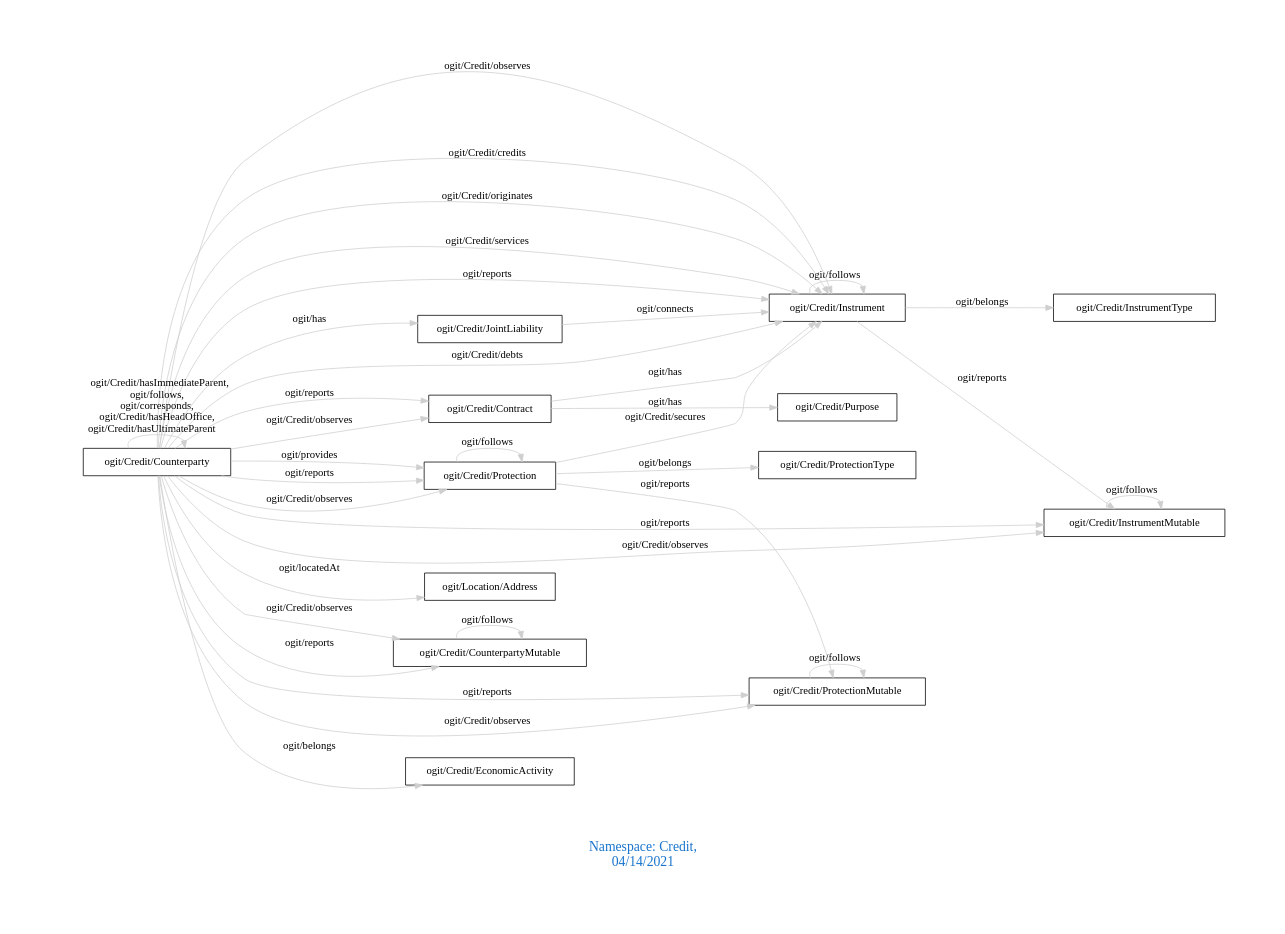
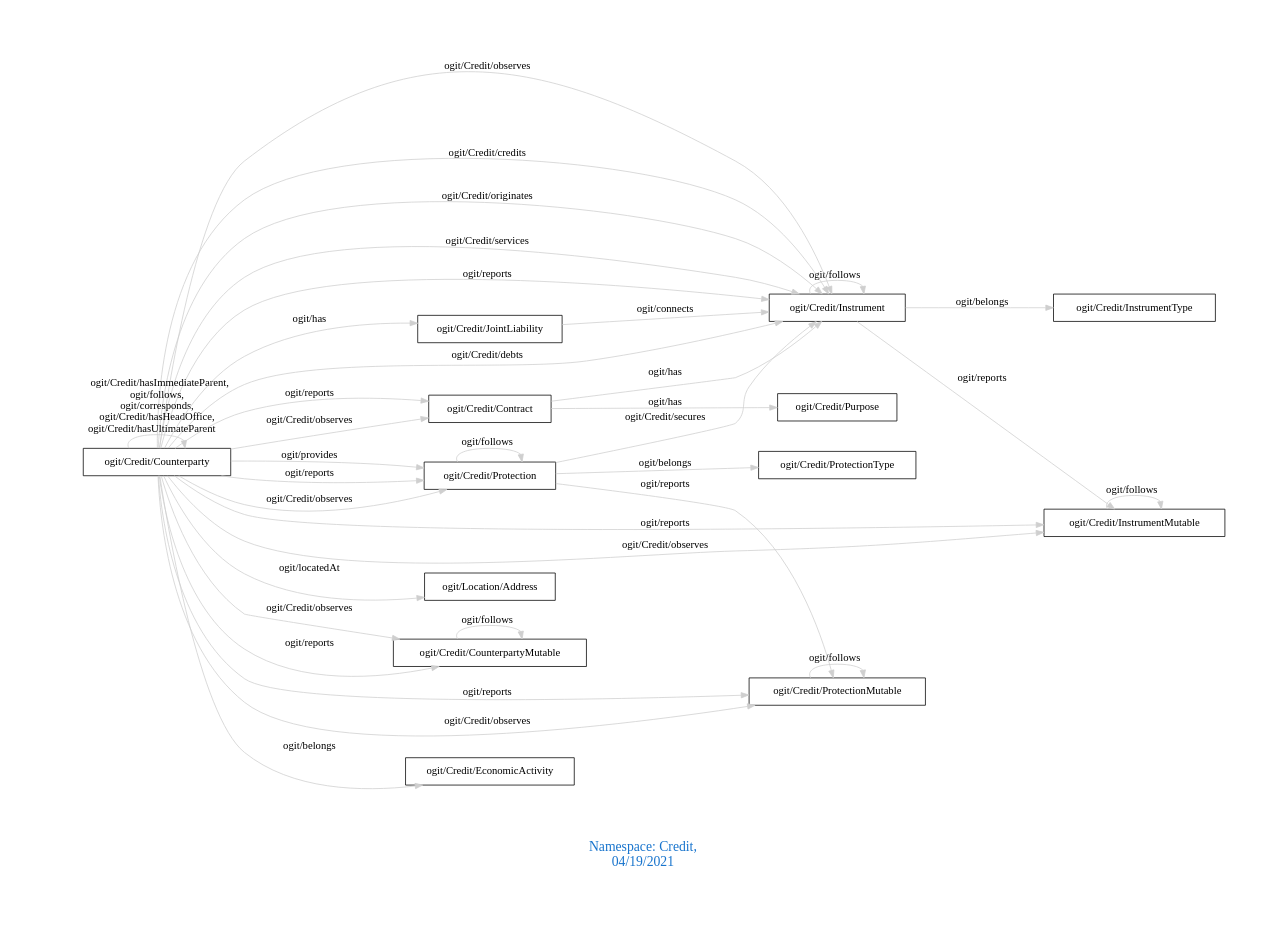
Before and after one commit to arago/OGIT: the diagram in downloads/Credit.dot, drawn with Graphviz. The commit also changed 1895 other files, not shown here.

```diff
--- a/downloads/Credit.dot
+++ b/downloads/Credit.dot
@@ -1,42 +1,42 @@
 digraph OGIT_ontology {
  graph [ rankdir= LR,pad=1 
 fontsize = 18,
-fontcolor= dodgerblue3,label = "\n\n\nNamespace: Credit, \n 04/14/2021"];
+fontcolor= dodgerblue3,label = "\n\n\nNamespace: Credit, \n 04/19/2021"];
 node[shape=polygon];
 edge [  color="gray81"];
 
    "ogit/Credit/Protection" -> "ogit/Credit/Instrument" [label="   ogit/Credit/secures    "];
    "ogit/Credit/Counterparty" -> "ogit/Credit/Instrument" [label="   ogit/Credit/debts    "];
    "ogit/Credit/Counterparty" -> "ogit/Location/Address" [label="   ogit/locatedAt    "];
    "ogit/Credit/Counterparty" -> "ogit/Credit/CounterpartyMutable" [label="   ogit/Credit/observes    "];
    "ogit/Credit/Counterparty" -> "ogit/Credit/InstrumentMutable" [label="   ogit/Credit/observes    "];
    "ogit/Credit/Counterparty" -> "ogit/Credit/ProtectionMutable" [label="   ogit/Credit/observes    "];
    "ogit/Credit/Counterparty" -> "ogit/Credit/Instrument" [label="   ogit/Credit/observes    "];
    "ogit/Credit/Counterparty" -> "ogit/Credit/Protection" [label="   ogit/Credit/observes    "];
    "ogit/Credit/Counterparty" -> "ogit/Credit/Contract" [label="   ogit/Credit/observes    "];
    "ogit/Credit/JointLiability" -> "ogit/Credit/Instrument" [label="   ogit/connects    "];
    "ogit/Credit/Counterparty" -> "ogit/Credit/Instrument" [label="   ogit/Credit/credits    "];
    "ogit/Credit/Counterparty" -> "ogit/Credit/Protection" [label="   ogit/provides    "];
    "ogit/Credit/Counterparty" -> "ogit/Credit/Instrument" [label="   ogit/Credit/originates    "];
    "ogit/Credit/Counterparty" -> "ogit/Credit/Instrument" [label="   ogit/Credit/services    "];
    "ogit/Credit/Counterparty" -> "ogit/Credit/EconomicActivity" [label="   ogit/belongs    "];
    "ogit/Credit/Instrument" -> "ogit/Credit/InstrumentType" [label="   ogit/belongs    "];
    "ogit/Credit/Protection" -> "ogit/Credit/ProtectionType" [label="   ogit/belongs    "];
    "ogit/Credit/Counterparty" -> "ogit/Credit/CounterpartyMutable" [label="   ogit/reports    "];
    "ogit/Credit/Counterparty" -> "ogit/Credit/ProtectionMutable" [label="   ogit/reports    "];
    "ogit/Credit/Counterparty" -> "ogit/Credit/InstrumentMutable" [label="   ogit/reports    "];
    "ogit/Credit/Counterparty" -> "ogit/Credit/Instrument" [label="   ogit/reports    "];
    "ogit/Credit/Counterparty" -> "ogit/Credit/Protection" [label="   ogit/reports    "];
    "ogit/Credit/Counterparty" -> "ogit/Credit/Contract" [label="   ogit/reports    "];
    "ogit/Credit/Instrument" -> "ogit/Credit/InstrumentMutable" [label="   ogit/reports    "];
    "ogit/Credit/Protection" -> "ogit/Credit/ProtectionMutable" [label="   ogit/reports    "];
    "ogit/Credit/Contract" -> "ogit/Credit/Instrument" [label="   ogit/has    "];
    "ogit/Credit/Contract" -> "ogit/Credit/Purpose" [label="   ogit/has    "];
    "ogit/Credit/Counterparty" -> "ogit/Credit/JointLiability" [label="   ogit/has    "];
    "ogit/Credit/Protection" -> "ogit/Credit/Protection" [label="   ogit/follows    "];
    "ogit/Credit/InstrumentMutable" -> "ogit/Credit/InstrumentMutable" [label="   ogit/follows    "];
    "ogit/Credit/ProtectionMutable" -> "ogit/Credit/ProtectionMutable" [label="   ogit/follows    "];
    "ogit/Credit/Instrument" -> "ogit/Credit/Instrument" [label="   ogit/follows    "];
    "ogit/Credit/Counterparty" -> "ogit/Credit/Counterparty" [label="   ogit/Credit/hasImmediateParent, \n ogit/follows, \n ogit/corresponds, \n ogit/Credit/hasHeadOffice, \n ogit/Credit/hasUltimateParent    "];
    "ogit/Credit/CounterpartyMutable" -> "ogit/Credit/CounterpartyMutable" [label="   ogit/follows    "];
 }
```
